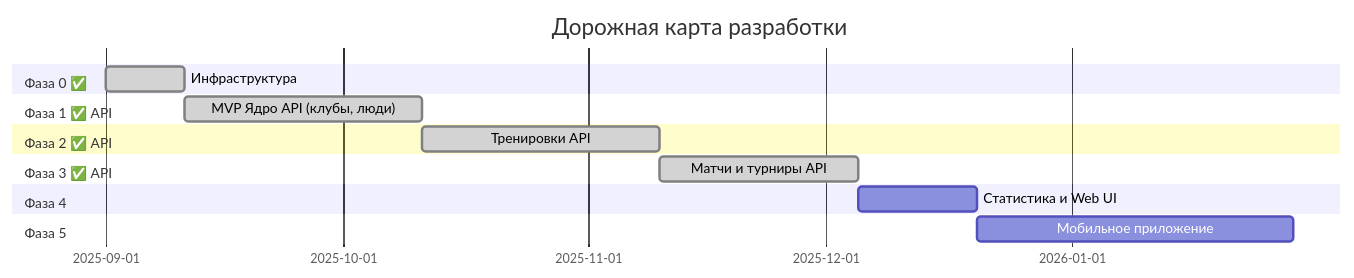
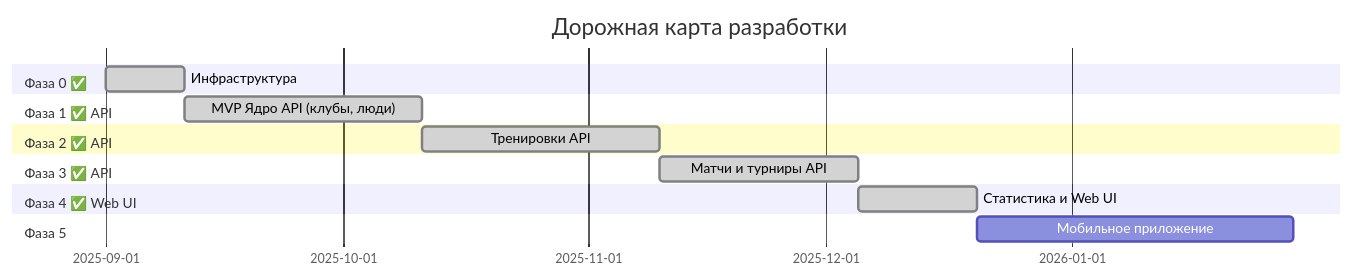
One commit to GHostlyFOX/leum changed the diagram in docs/c4/roadmap.md. Above: the diagram before and after it, drawn with Mermaid. The commit also changed other lines of this file and 21 other files, not shown here.

````diff
--- a/docs/c4/roadmap.md
+++ b/docs/c4/roadmap.md
@@ -9,23 +9,23 @@
 ```mermaid
 gantt
     title Дорожная карта разработки
     dateFormat YYYY-MM-DD
     
     section Фаза 0 ✅
     Инфраструктура              :done, f0, 2025-09-01, 10d
     
     section Фаза 1 ✅ API
     MVP Ядро API (клубы, люди)  :done, f1, after f0, 30d
     
     section Фаза 2 ✅ API
     Тренировки API              :done, f2, after f1, 30d
     
     section Фаза 3 ✅ API
     Матчи и турниры API         :done, f3, after f2, 25d
     
-    section Фаза 4
-    Статистика и Web UI         :f4, after f3, 15d
+    section Фаза 4 ✅ Web UI
+    Статистика и Web UI         :done, f4, after f3, 15d
     
     section Фаза 5
     Мобильное приложение        :f5, after f4, 40d
 ```
````
